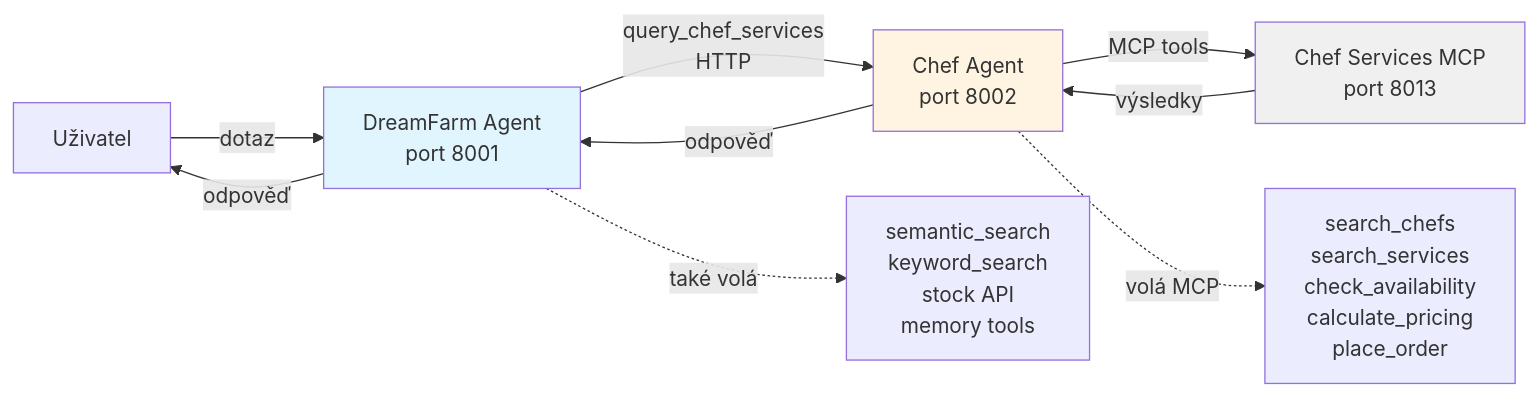
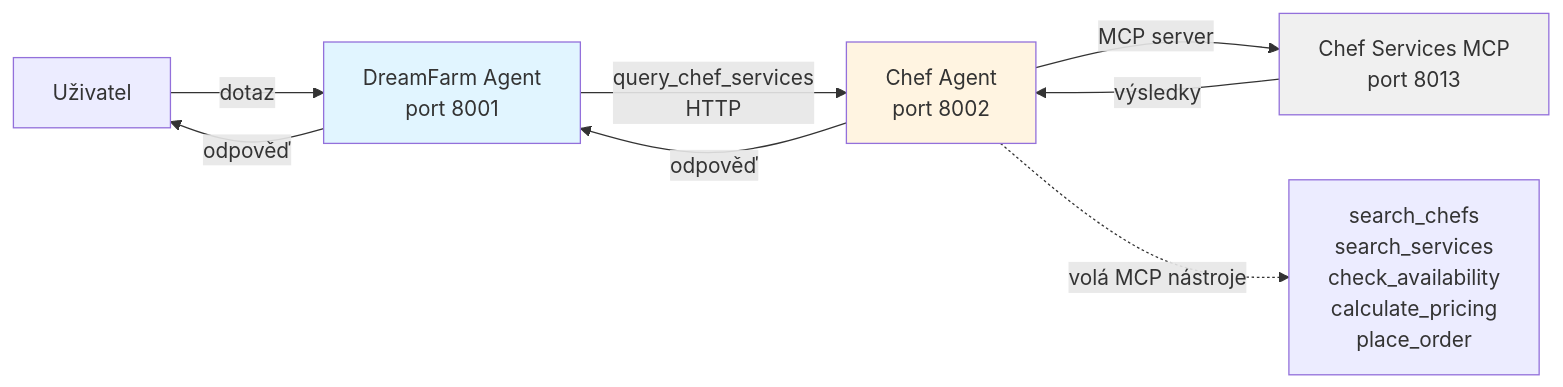
Before and after one commit to omg1492/ai-agents-advanced: the diagram in lessons/L08_multi_agent/README.md, drawn with Mermaid. The commit also changed other lines of this file, not shown here.

````diff
--- a/lessons/L08_multi_agent/README.md
+++ b/lessons/L08_multi_agent/README.md
@@ -16,16 +16,15 @@
 ```mermaid
 graph LR
     U[Uživatel] -->|dotaz| DF[DreamFarm Agent<br/>port 8001]
     DF -->|query_chef_services<br/>HTTP| CA[Chef Agent<br/>port 8002]
-    CA -->|MCP tools| MCP[Chef Services MCP<br/>port 8013]
+    CA -->|MCP server| MCP[Chef Services MCP<br/>port 8013]
     MCP -->|výsledky| CA
     CA -->|odpověď| DF
     DF -->|odpověď| U
     
-    DF -.->|také volá| T1[semantic_search<br/>keyword_search<br/>stock API<br/>memory tools]
-    CA -.->|volá MCP| T2[search_chefs<br/>search_services<br/>check_availability<br/>calculate_pricing<br/>place_order]
+    CA -.->|volá MCP nástroje| T2[search_chefs<br/>search_services<br/>check_availability<br/>calculate_pricing<br/>place_order]
     
     style DF fill:#e1f5ff
     style CA fill:#fff4e1
     style MCP fill:#f0f0f0
 ```
````
